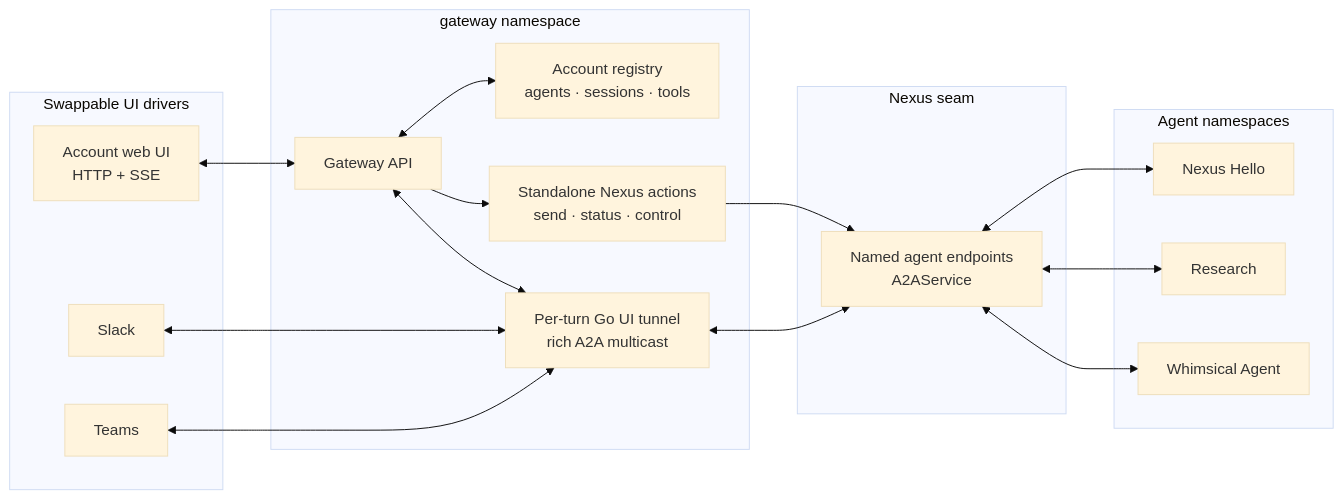
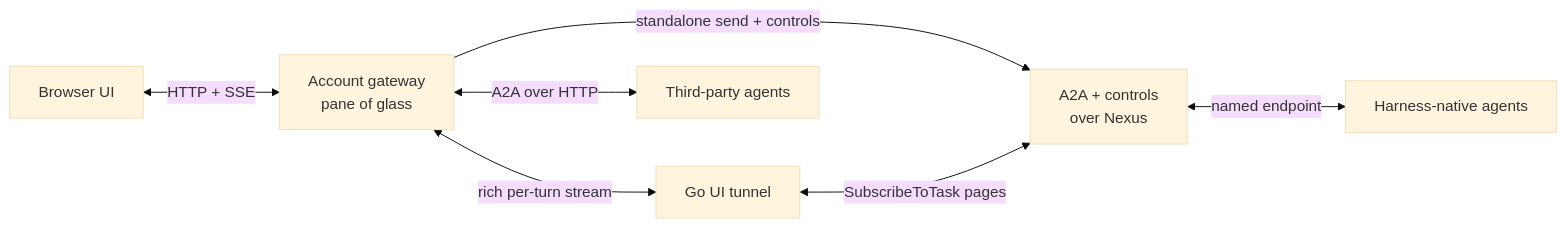
The first of 6 diagrams in examples/nexus_hello/README.md (temporal-community/temporal-agent-harness), drawn with Mermaid (base theme) before and after one commit. The commit also changed other lines of this file and 40 other files, not shown here.

````diff
--- a/examples/nexus_hello/README.md
+++ b/examples/nexus_hello/README.md
@@ -45,37 +29,10 @@
 ```mermaid
 flowchart LR
-    subgraph Drivers[Swappable UI drivers]
-        Browser[Account web UI<br/>HTTP + SSE]
-        Slack[Slack]
-        Teams[Teams]
-    end
+    Browser[Browser UI] <-->|HTTP + SSE| Gateway[Account gateway<br/>pane of glass]
 
-    subgraph Gateway[gateway namespace]
-        API[Gateway API]
-        Registry[Account registry<br/>agents · sessions · tools]
-        Tunnel["Per-turn Go UI tunnel<br/>rich A2A multicast"]
-        Actions["Standalone Nexus actions<br/>send · status · control"]
-        API <--> Registry
-        API --> Actions
-    end
-
-    subgraph Nexus[Nexus seam]
-        Endpoints[Named agent endpoints<br/>A2AService]
-    end
-
-    subgraph Agents[Agent namespaces]
-        Hello[Nexus Hello]
-        Research[Research]
-        Whimsical[Whimsical Agent]
-    end
-
-    Browser <--> API
-    API <--> Tunnel
-    Slack <--> Tunnel
-    Teams <--> Tunnel
-    Tunnel <--> Endpoints
-    Actions --> Endpoints
-    Endpoints <--> Hello
-    Endpoints <--> Research
-    Endpoints <--> Whimsical
+    Gateway -->|standalone send + controls| Nexus[A2A + controls<br/>over Nexus]
+    Gateway <-->|rich per-turn stream| Tunnel[Go UI tunnel]
+    Tunnel <-->|SubscribeToTask pages| Nexus
+    Nexus <-->|named endpoint| Native[Harness-native agents]
+    Gateway <-->|A2A over HTTP| External[Third-party agents]
 ```
````
